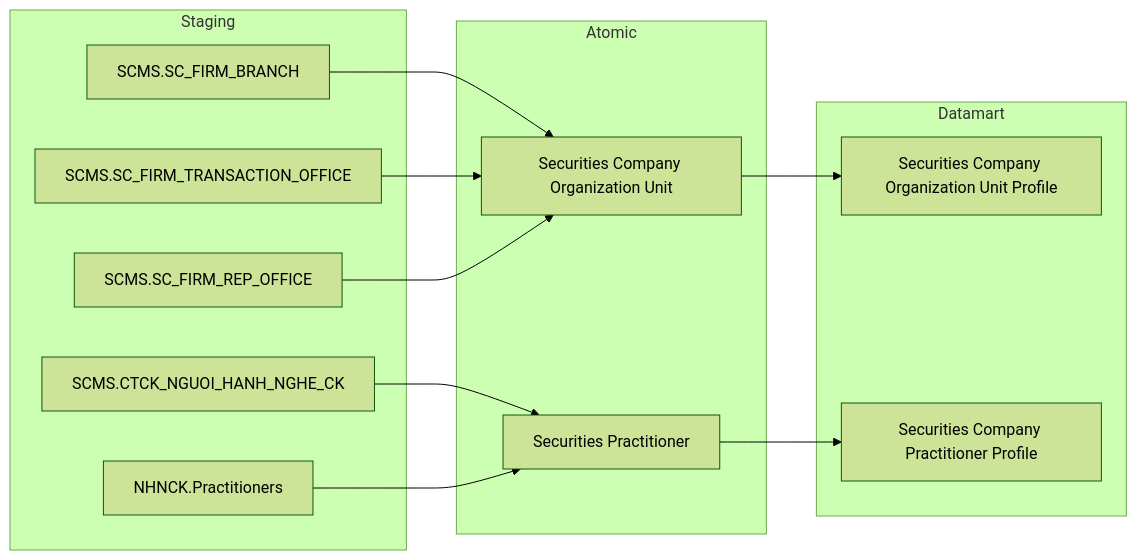
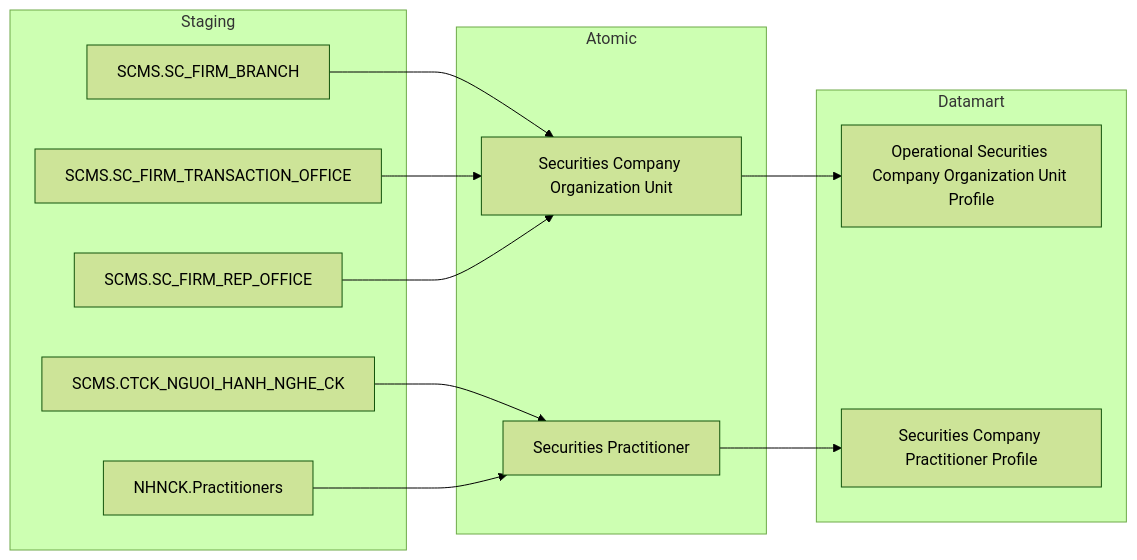
Before and after one commit to linhlvit/ubck_atomic_design: diagram 12 of 32 in Datamart/hld/DTM_QLKD_HLD.md, drawn with Mermaid (forest theme). The commit also changed other lines of this file and 62 other files, not shown here.

````diff
--- a/Datamart/hld/DTM_QLKD_HLD.md
+++ b/Datamart/hld/DTM_QLKD_HLD.md
@@ -467,29 +470,29 @@
 ```mermaid
 flowchart LR
     subgraph SRC["Staging"]
         S1["SCMS.SC_FIRM_BRANCH"]
         S2["SCMS.SC_FIRM_TRANSACTION_OFFICE"]
         S3["SCMS.SC_FIRM_REP_OFFICE"]
         S4["SCMS.CTCK_NGUOI_HANH_NGHE_CK"]
         S5["NHNCK.Practitioners"]
     end
 
     subgraph SIL["Atomic"]
         SV1["Securities Company Organization Unit"]
         SV2["Securities Practitioner"]
     end
 
     subgraph Datamart["Datamart"]
-        G1["Securities Company Organization Unit Profile"]
+        G1["Operational Securities Company Organization Unit Profile"]
         G2["Securities Company Practitioner Profile"]
     end
 
     S1 --> SV1
     S2 --> SV1
     S3 --> SV1
     S4 --> SV2
     S5 --> SV2
 
     SV1 --> G1
     SV2 --> G2
 ```
````
